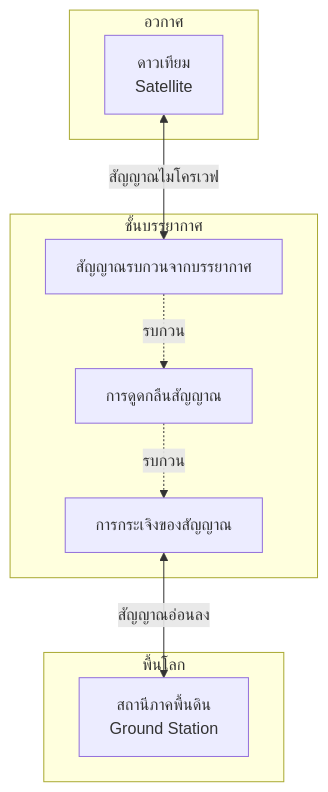
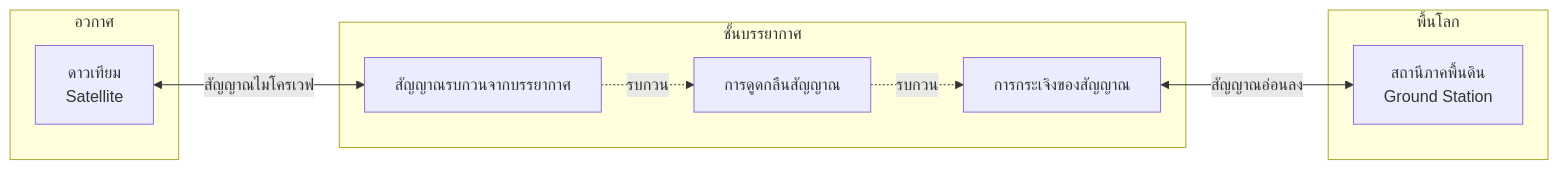
Before and after one commit to TaiChi112/Documents: the third of 6 diagrams in Computer_Network/problems/SOLUTION1.md, drawn with Mermaid. The commit also changed other lines of this file, not shown here.

````diff
--- a/Computer_Network/problems/SOLUTION1.md
+++ b/Computer_Network/problems/SOLUTION1.md
@@ -77,25 +77,25 @@
 ```mermaid
-flowchart TB
+flowchart LR
     subgraph Space["อวกาศ"]
         SAT[ดาวเทียม<br/>Satellite]
     end
     
     subgraph Atmosphere["ชั้นบรรยากาศ"]
         ATM1[สัญญาณรบกวนจากบรรยากาศ]
         ATM2[การดูดกลืนสัญญาณ]
         ATM3[การกระเจิงของสัญญาณ]
     end
     
     subgraph Ground["พื้นโลก"]
         GS[สถานีภาคพื้นดิน<br/>Ground Station]
     end
     
     SAT <-->|สัญญาณไมโครเวฟ| ATM1
     ATM1 -.->|รบกวน| ATM2
     ATM2 -.->|รบกวน| ATM3
     ATM3 <-->|สัญญาณอ่อนลง| GS
     
     %% style ATM1 fill:#ff6b6b
     %% style ATM2 fill:#ff6b6b
     %% style ATM3 fill:#ff6b6b
 ```
````
